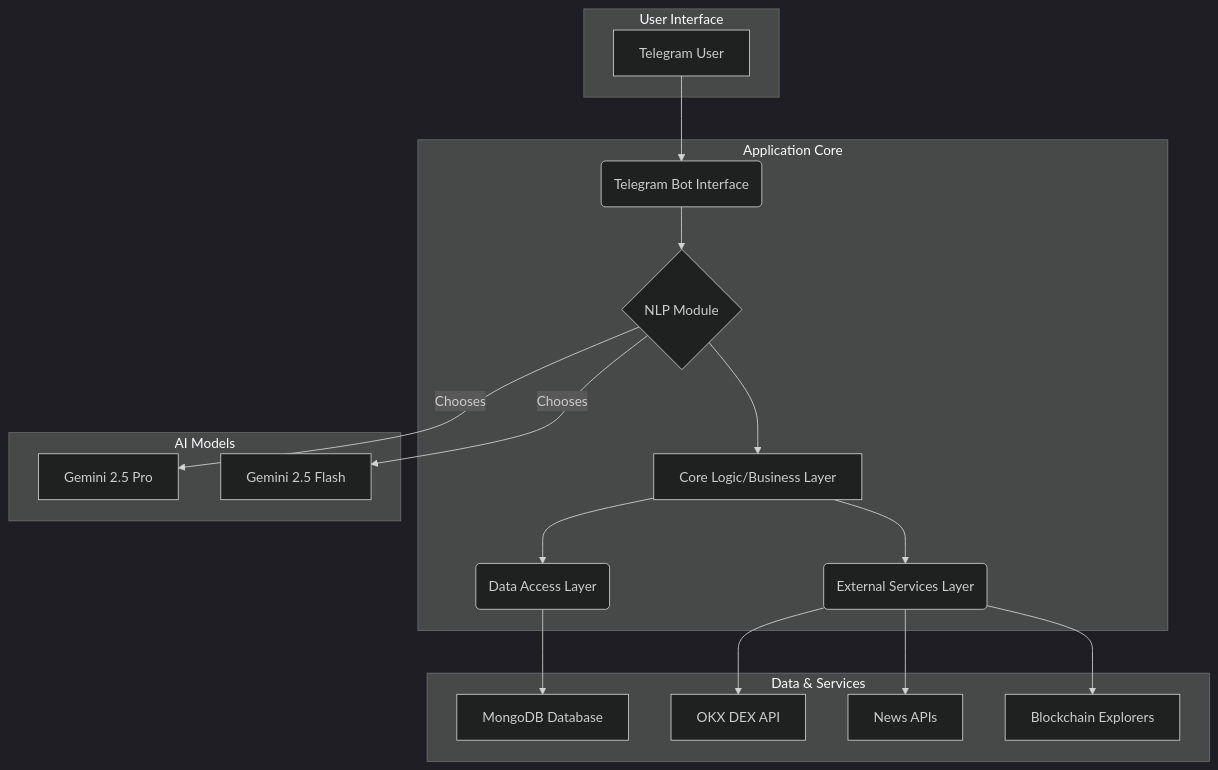
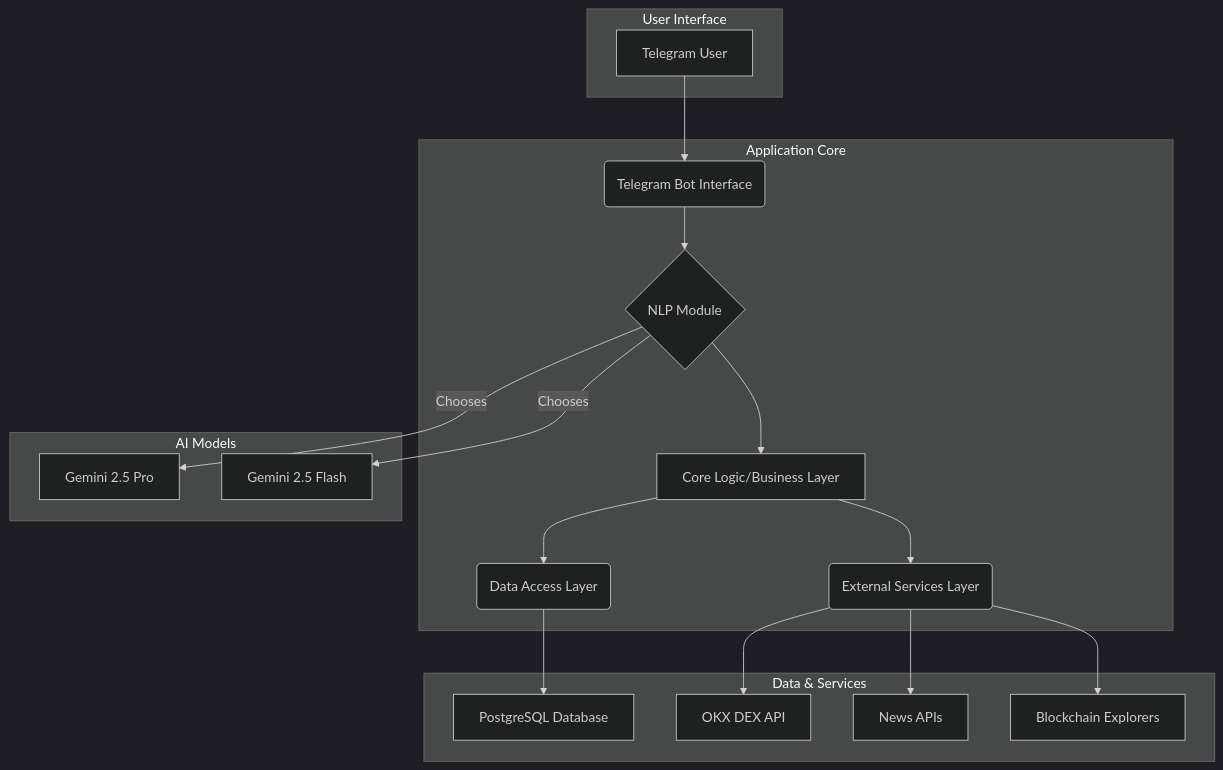
Before and after one commit to ugbodagadave/Esther: the diagram in how-it-works.md, drawn with Mermaid (dark theme). The commit also changed other lines of this file and 5 other files, not shown here.

Commit message:
feat: Migrate data layer from MongoDB to PostgreSQL

````diff
--- a/how-it-works.md
+++ b/how-it-works.md
@@ -9,38 +9,38 @@
 ```mermaid
 graph TD
     subgraph User Interface
         A[Telegram User]
     end
 
     subgraph Application Core
         B(Telegram Bot Interface)
         C{NLP Module}
         D[Core Logic/Business Layer]
         E(Data Access Layer)
         F(External Services Layer)
     end
 
     subgraph AI Models
         G[Gemini 2.5 Pro]
         H[Gemini 2.5 Flash]
     end
 
     subgraph Data & Services
-        I[MongoDB Database]
+        I[PostgreSQL Database]
         J[OKX DEX API]
         K[News APIs]
         L[Blockchain Explorers]
     end
 
     A --> B
     B --> C
     C --> D
     C -- Chooses --> G
     C -- Chooses --> H
     D --> E
     D --> F
     E --> I
     F --> J
     F --> K
     F --> L
 ```
````
